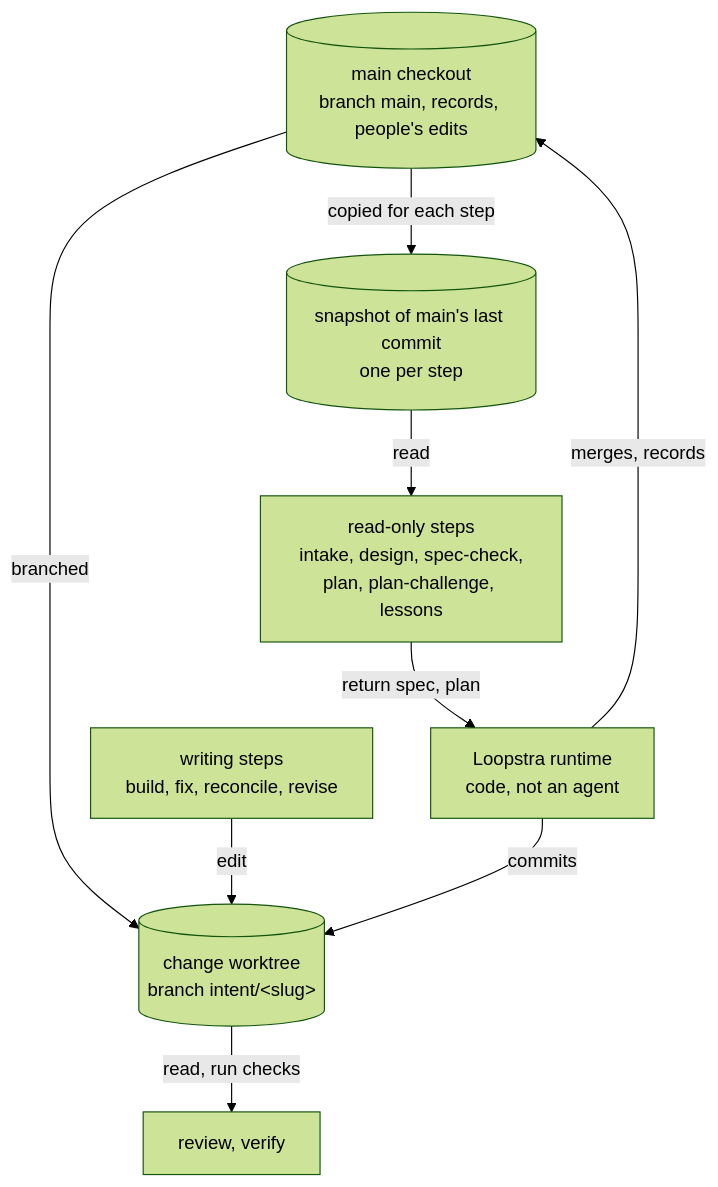
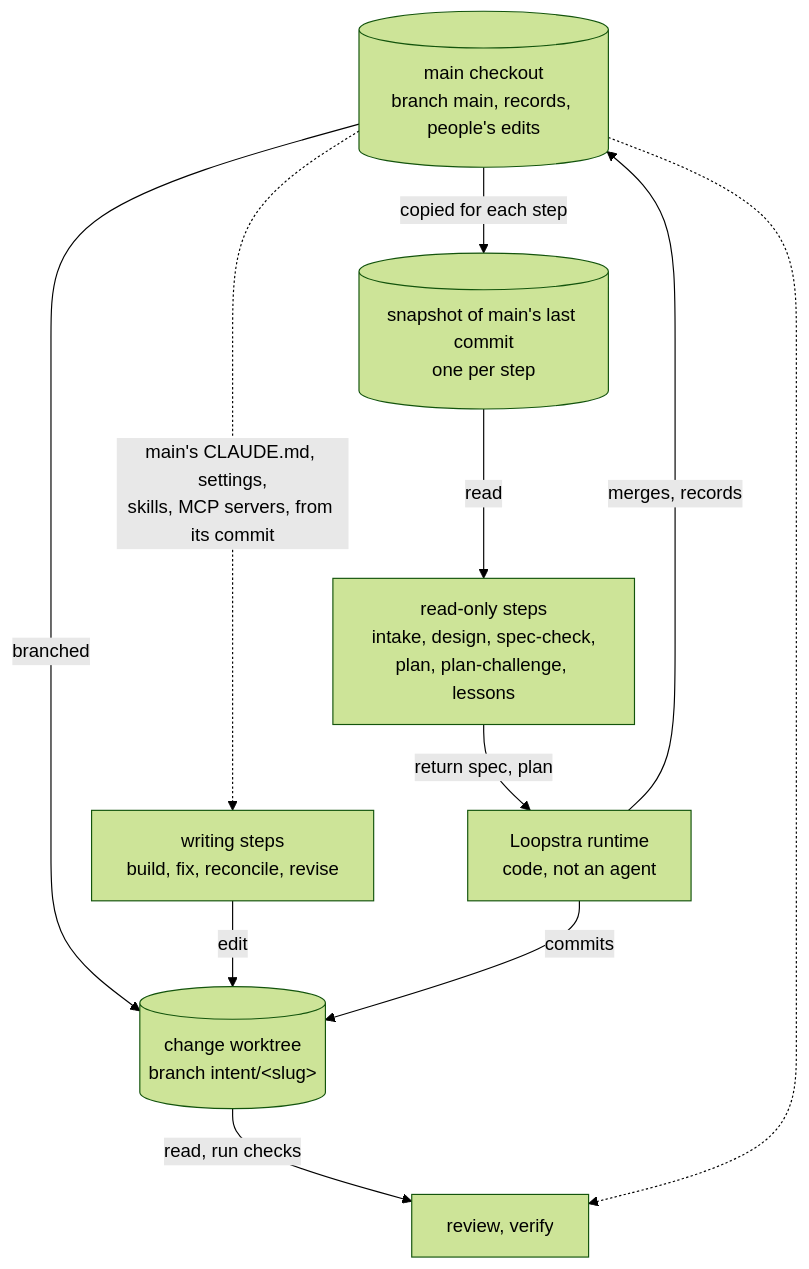
Before and after one commit to jflavan/loopstra: the fourth of 6 diagrams in README.md, drawn with Mermaid (forest theme). The commit also changed other lines of this file and 39 other files, not shown here.

````diff
--- a/README.md
+++ b/README.md
@@ -394,14 +394,16 @@
 ```mermaid
 flowchart TB
   main[("main checkout<br/>branch main, records, people's edits")]
   snap[("snapshot of main's last commit<br/>one per step")]
   wt[("change worktree<br/>branch intent/#lt;slug#gt;")]
   main -->|copied for each step| snap
   main -->|branched| wt
   snap -->|read| ro["read-only steps<br/>intake, design, spec-check,<br/>plan, plan-challenge, lessons"]
   wr["writing steps<br/>build, fix, reconcile, revise"] -->|edit| wt
   wt -->|read, run checks| chk["review, verify"]
+  main -.->|"main's CLAUDE.md, settings,<br/>skills, MCP servers, from its commit"| wr
+  main -.-> chk
   ro -->|return spec, plan| rt["Loopstra runtime<br/>code, not an agent"]
   rt -->|commits| wt
   rt -->|merges, records| main
 ```
````
